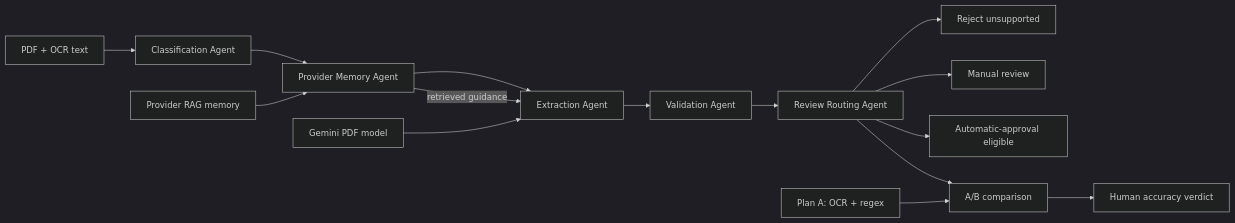
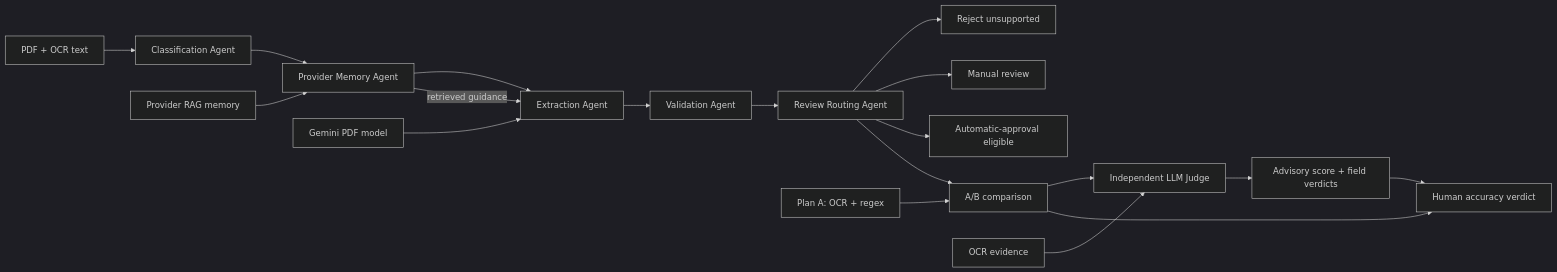
The diagram in A_B_test.md (giselainge/AgenticAI_Sept), drawn with Mermaid (dark theme) before and after one commit. The commit also changed other lines of this file and 11 other files, not shown here.

Commit message:
Add optional LLM judge for Plan A/B evaluation and update related components

````diff
--- a/A_B_test.md
+++ b/A_B_test.md
@@ -7,20 +7,24 @@
 ```mermaid
 flowchart LR
     Input["PDF + OCR text"] --> A1["Classification Agent"]
     A1 --> A2["Provider Memory Agent"]
     A2 --> A3["Extraction Agent"]
     A3 --> A4["Validation Agent"]
     A4 --> A5["Review Routing Agent"]
 
     KB["Provider RAG memory"] --> A2
     A2 -->|"retrieved guidance"| A3
     Gemini["Gemini PDF model"] --> A3
 
     A5 --> Reject["Reject unsupported"]
     A5 --> Human["Manual review"]
     A5 --> Auto["Automatic-approval eligible"]
 
     Baseline["Plan A: OCR + regex"] --> Compare["A/B comparison"]
     A5 --> Compare
+    OCR["OCR evidence"] --> Judge["Independent LLM Judge"]
+    Compare --> Judge
+    Judge --> Advisory["Advisory score + field verdicts"]
     Compare --> Verdict["Human accuracy verdict"]
+    Advisory --> Verdict
 ```
````
